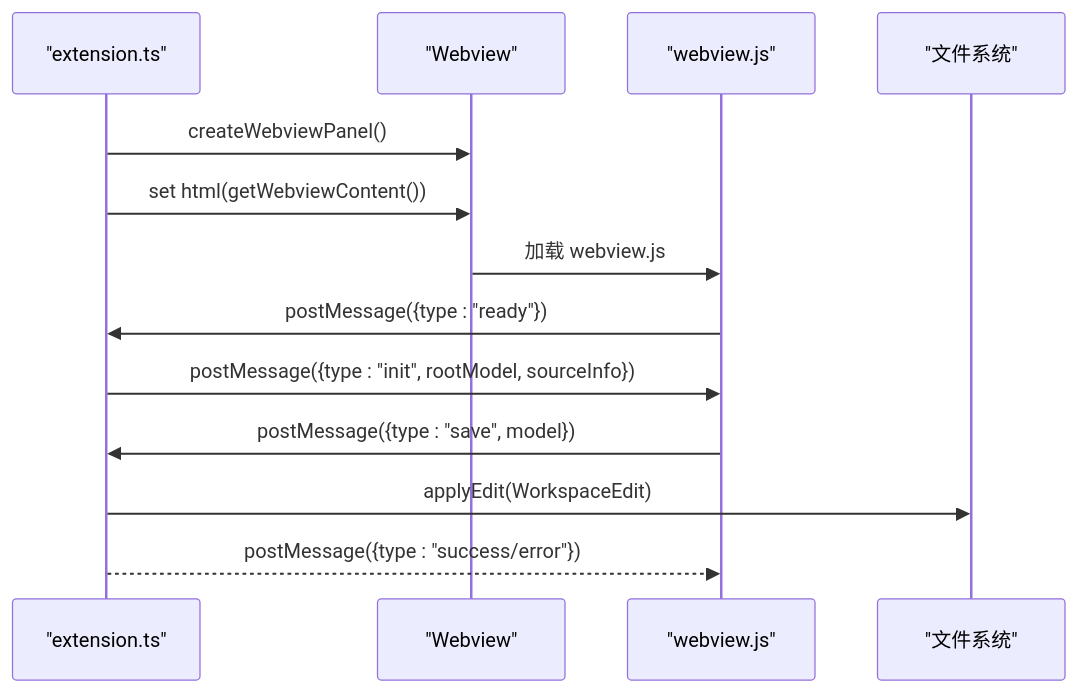
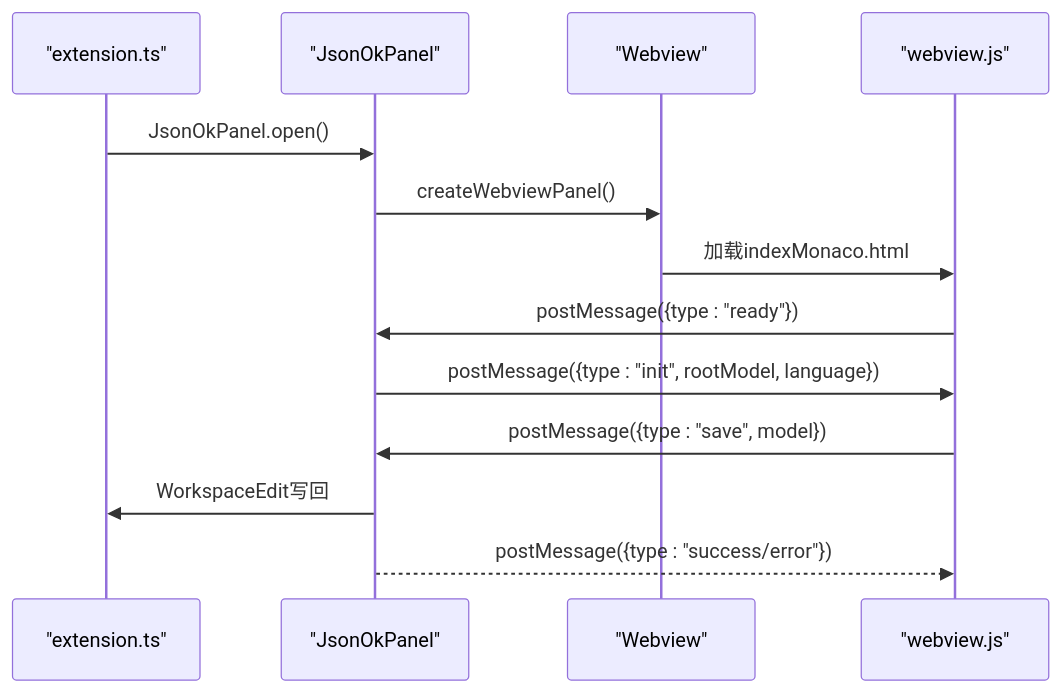
One commit to meiok1/wysjson changed the eighth of 9 diagrams in .qoder/repowiki/zh/content/核心架构设计/核心架构设计.md. Above: the diagram before and after it, drawn with Mermaid. The commit also changed other lines of this file and 45 other files, not shown here.

````diff
--- a/.qoder/repowiki/zh/content/核心架构设计/核心架构设计.md
+++ b/.qoder/repowiki/zh/content/核心架构设计/核心架构设计.md
@@ -338,15 +398,15 @@
 ```mermaid
 sequenceDiagram
 participant EXT as "extension.ts"
+participant PANEL as "JsonOkPanel"
 participant WV as "Webview"
 participant WVJS as "webview.js"
-participant FS as "文件系统"
-EXT->>WV : createWebviewPanel()
-EXT->>WV : set html(getWebviewContent())
-WV->>WVJS : 加载 webview.js
-WVJS->>EXT : postMessage({type : "ready"})
-EXT->>WVJS : postMessage({type : "init", rootModel, sourceInfo})
-WVJS->>EXT : postMessage({type : "save", model})
-EXT->>FS : applyEdit(WorkspaceEdit)
-EXT-->>WVJS : postMessage({type : "success/error"})
+EXT->>PANEL : JsonOkPanel.open()
+PANEL->>WV : createWebviewPanel()
+WV->>WVJS : 加载indexMonaco.html
+WVJS->>PANEL : postMessage({type : "ready"})
+PANEL->>WVJS : postMessage({type : "init", rootModel, language})
+WVJS->>PANEL : postMessage({type : "save", model})
+PANEL->>EXT : WorkspaceEdit写回
+PANEL-->>WVJS : postMessage({type : "success/error"})
 ```
````
